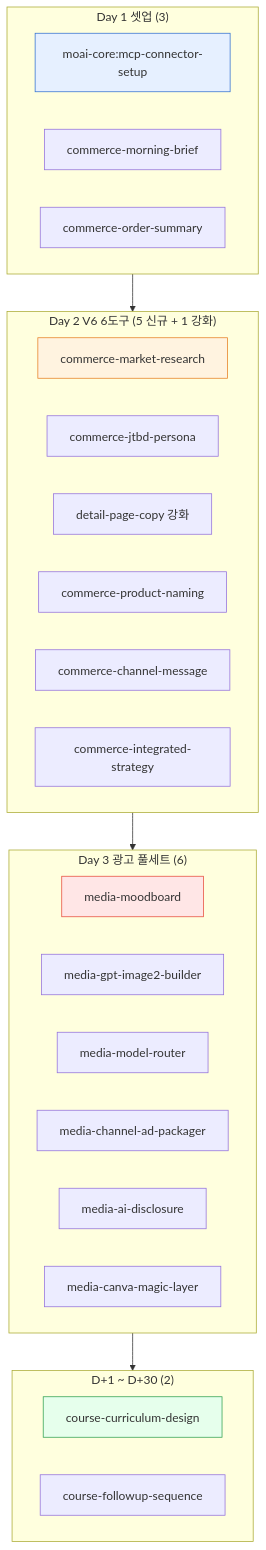
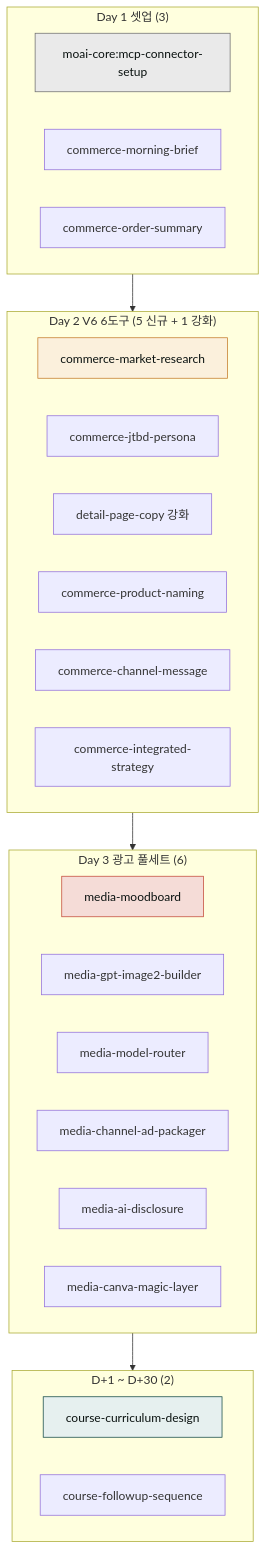
Before and after one commit to modu-ai/claude: the diagram in content/releases/v2.3.md, drawn with Mermaid. The commit also changed 97 other files, not shown here.

First line of the commit message:
style(docs-site): mermaid 색상 브랜드 정합 + 라이트 테마 단일화

````diff
--- a/content/releases/v2.3.md
+++ b/content/releases/v2.3.md
@@ -11,33 +11,33 @@
 ```mermaid
 flowchart TB
     subgraph Day1["Day 1 셋업 (3)"]
         A1[moai-core:mcp-connector-setup]
         A2[commerce-morning-brief]
         A3[commerce-order-summary]
     end
     subgraph Day2["Day 2 V6 6도구 (5 신규 + 1 강화)"]
         B1[commerce-market-research]
         B2[commerce-jtbd-persona]
         B3[detail-page-copy 강화]
         B4[commerce-product-naming]
         B5[commerce-channel-message]
         B6[commerce-integrated-strategy]
     end
     subgraph Day3["Day 3 광고 풀세트 (6)"]
         C1[media-moodboard]
         C2[media-gpt-image2-builder]
         C3[media-model-router]
         C4[media-channel-ad-packager]
         C5[media-ai-disclosure]
         C6[media-canva-magic-layer]
     end
     subgraph Followup["D+1 ~ D+30 (2)"]
         D1[course-curriculum-design]
         D2[course-followup-sequence]
     end
     Day1 --> Day2 --> Day3 --> Followup
-    style A1 fill:#e6f0ff,stroke:#3070d0
-    style B1 fill:#fff3e0,stroke:#e67e22
-    style C1 fill:#ffe6e6,stroke:#e74c3c
-    style D1 fill:#e6ffec,stroke:#30a050
+    style A1 fill:#eaeaea,stroke:#6e6e6e,color:#09110f
+    style B1 fill:#fbf0dc,stroke:#c47b2a,color:#09110f
+    style C1 fill:#f5dcd7,stroke:#c44a3a,color:#09110f
+    style D1 fill:#e6f0ef,stroke:#144a46,color:#09110f
 ```
````
